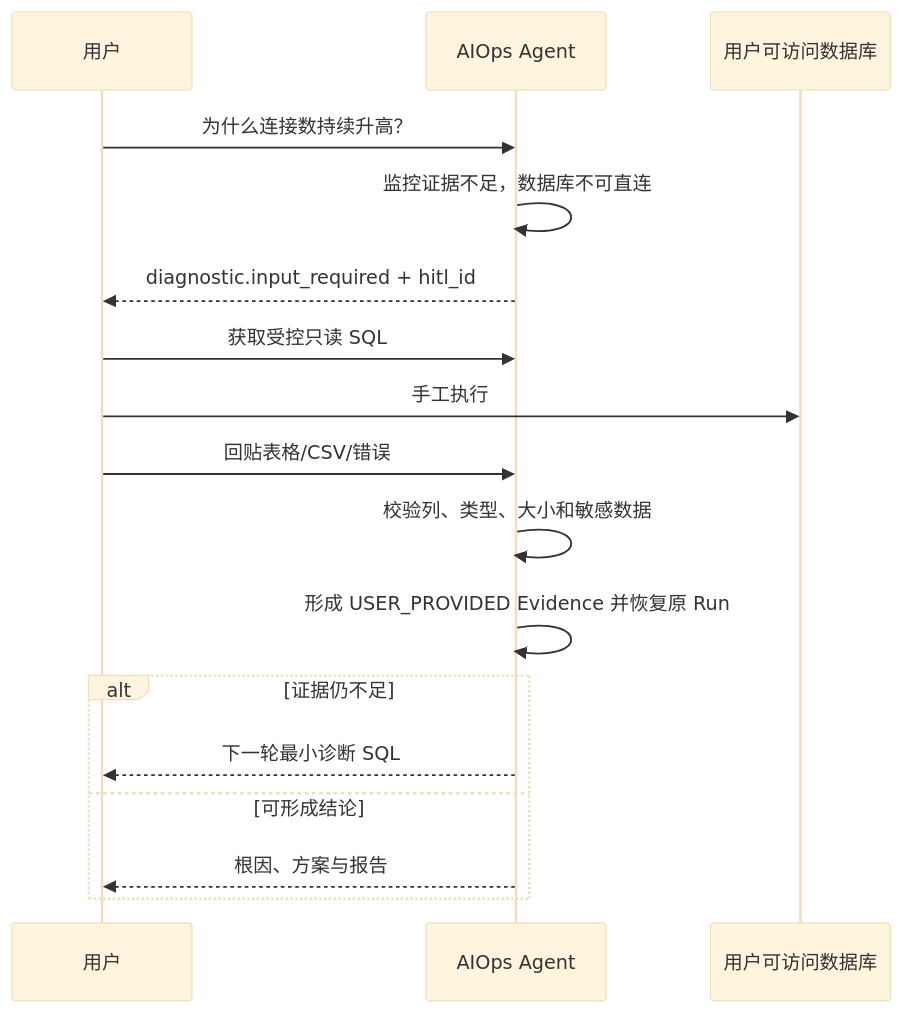
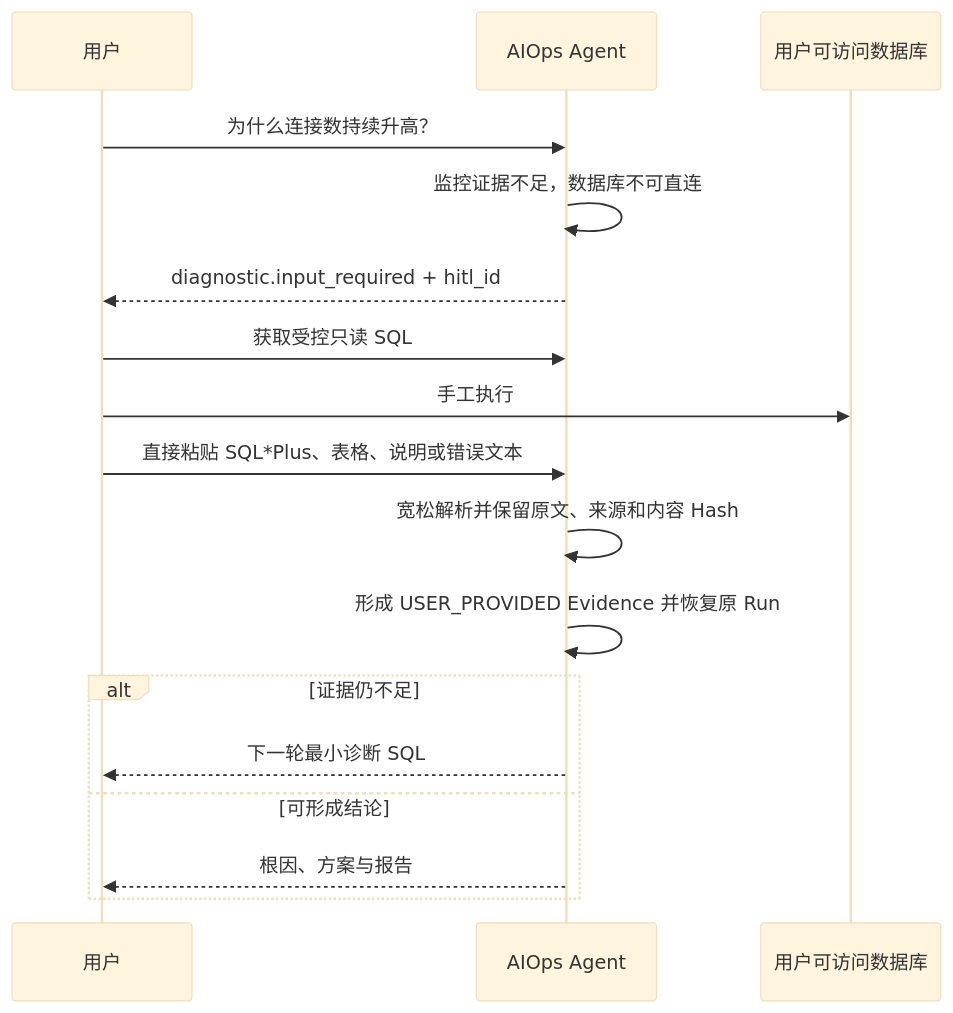
One commit to munger1985/kbot changed the third of 3 diagrams in docs/product/aiops-agent.md. Above: the diagram before and after it, drawn with Mermaid (base theme). The commit also changed other lines of this file and 75 other files, not shown here.

````diff
--- a/docs/product/aiops-agent.md
+++ b/docs/product/aiops-agent.md
@@ -139,20 +141,20 @@
 ```mermaid
 sequenceDiagram
     participant U as 用户
     participant O as AIOps Agent
     participant DB as 用户可访问数据库
 
     U->>O: 为什么连接数持续升高？
     O->>O: 监控证据不足，数据库不可直连
     O-->>U: diagnostic.input_required + hitl_id
     U->>O: 获取受控只读 SQL
     U->>DB: 手工执行
-    U->>O: 回贴表格/CSV/错误
-    O->>O: 校验列、类型、大小和敏感数据
+    U->>O: 直接粘贴 SQL*Plus、表格、说明或错误文本
+    O->>O: 宽松解析并保留原文、来源和内容 Hash
     O->>O: 形成 USER_PROVIDED Evidence 并恢复原 Run
     alt 证据仍不足
         O-->>U: 下一轮最小诊断 SQL
     else 可形成结论
         O-->>U: 根因、方案与报告
     end
 ```
````
